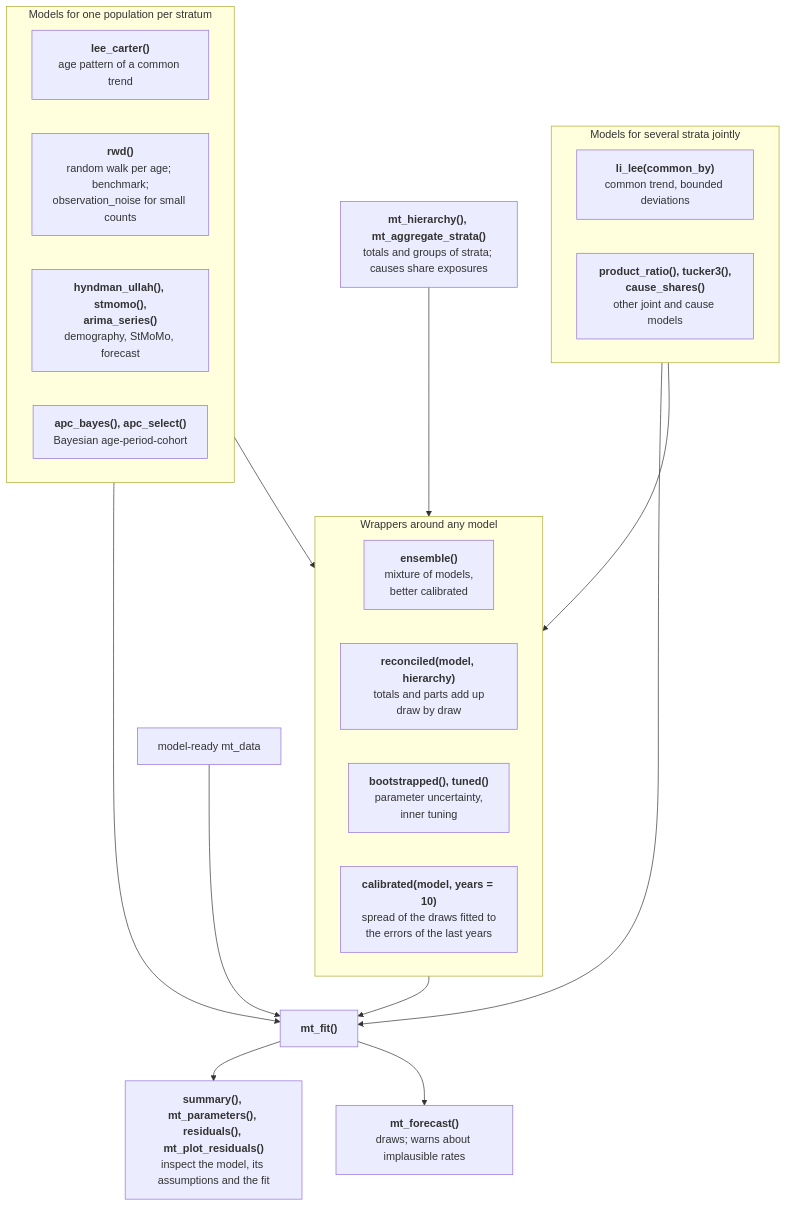
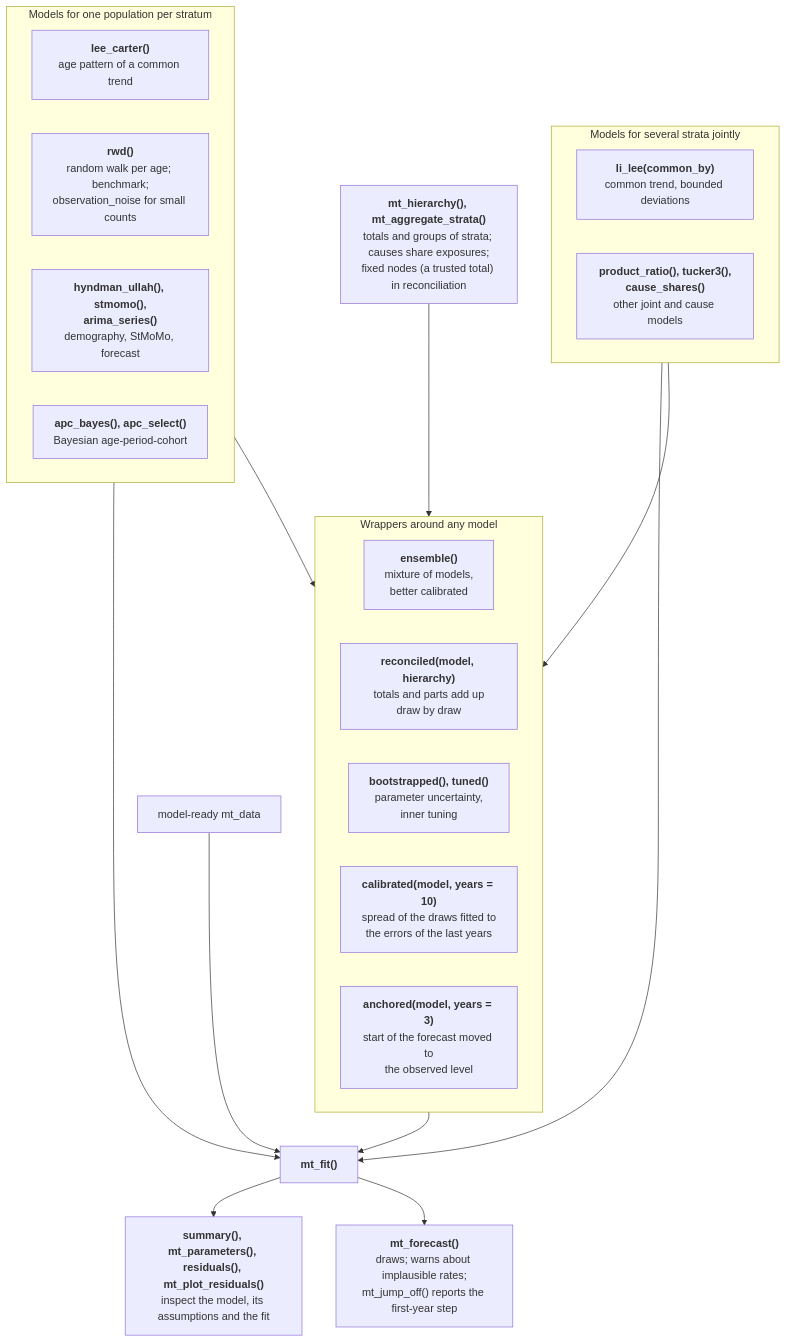
The third of 5 diagrams in vignettes/articles/function-map.Rmd (kalleEF/mortensor), drawn with Mermaid before and after one commit. The commit also changed other lines of this file and 64 other files, not shown here.

First line of the commit message:
Smoothing, jump-off control and fixed totals (methods of the UK analysis)

````diff
--- a/vignettes/articles/function-map.Rmd
+++ b/vignettes/articles/function-map.Rmd
@@ -108,56 +109,61 @@
 ```mermaid
 flowchart TD
   M["model-ready mt_data"]
   subgraph ONE["Models for one population per stratum"]
     direction LR
     S1["`**lee_carter()**
     age pattern of a common trend`"]
     S2["`**rwd()**
     random walk per age; benchmark;
     observation_noise for small counts`"]
     S3["`**hyndman_ullah(), stmomo(),
     arima_series()**
     demography, StMoMo, forecast`"]
     S4["`**apc_bayes(), apc_select()**
     Bayesian age-period-cohort`"]
   end
   subgraph MANY["Models for several strata jointly"]
     direction LR
     J1["`**li_lee(common_by)**
     common trend, bounded deviations`"]
     J2["`**product_ratio(), tucker3(),
     cause_shares()**
     other joint and cause models`"]
   end
   subgraph WRAP["Wrappers around any model"]
     direction LR
     W1["`**ensemble()**
     mixture of models,
     better calibrated`"]
     W2["`**reconciled(model, hierarchy)**
     totals and parts add up
     draw by draw`"]
     W3["`**bootstrapped(), tuned()**
     parameter uncertainty,
     inner tuning`"]
     W4["`**calibrated(model, years = 10)**
     spread of the draws fitted to
     the errors of the last years`"]
+    W5["`**anchored(model, years = 3)**
+    start of the forecast moved to
+    the observed level`"]
   end
   H["`**mt_hierarchy(), mt_aggregate_strata()**
-  totals and groups of strata; causes share exposures`"]
+  totals and groups of strata; causes share exposures;
+  fixed nodes (a trusted total) in reconciliation`"]
   FIT["`**mt_fit()**`"]
   INS["`**summary(), mt_parameters(), residuals(), mt_plot_residuals()**
   inspect the model, its assumptions and the fit`"]
   FC["`**mt_forecast()**
-  draws; warns about implausible rates`"]
+  draws; warns about implausible rates;
+  mt_jump_off() reports the first-year step`"]
   M --> FIT
   H --> W2
   ONE --> WRAP
   MANY --> WRAP
   ONE --> FIT
   MANY --> FIT
   WRAP --> FIT
   FIT --> INS
   FIT --> FC
 ```
````
